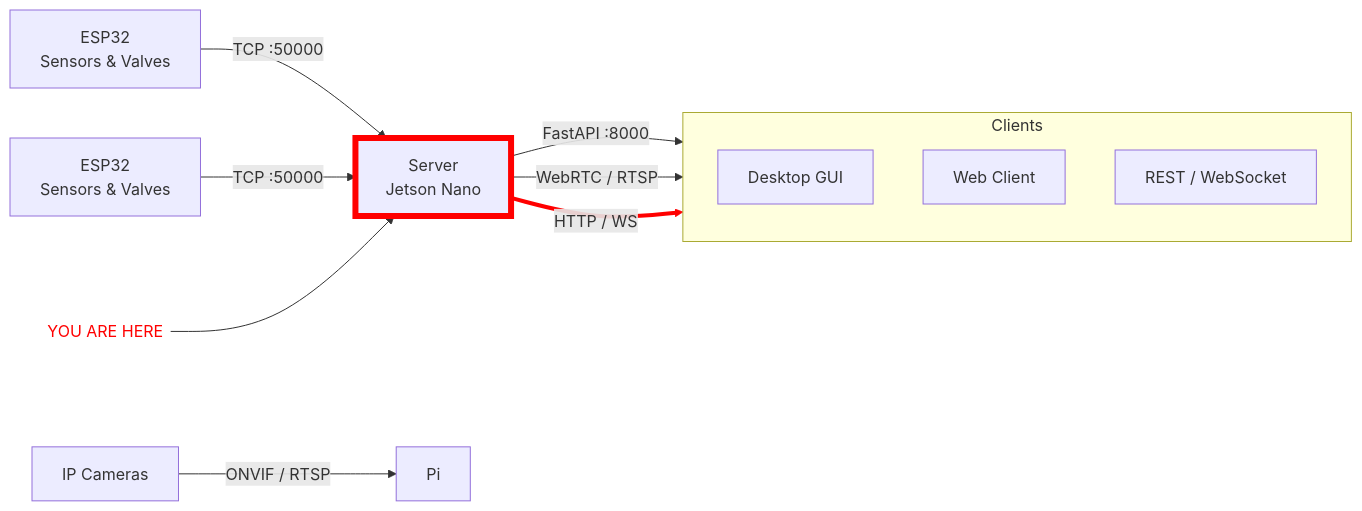
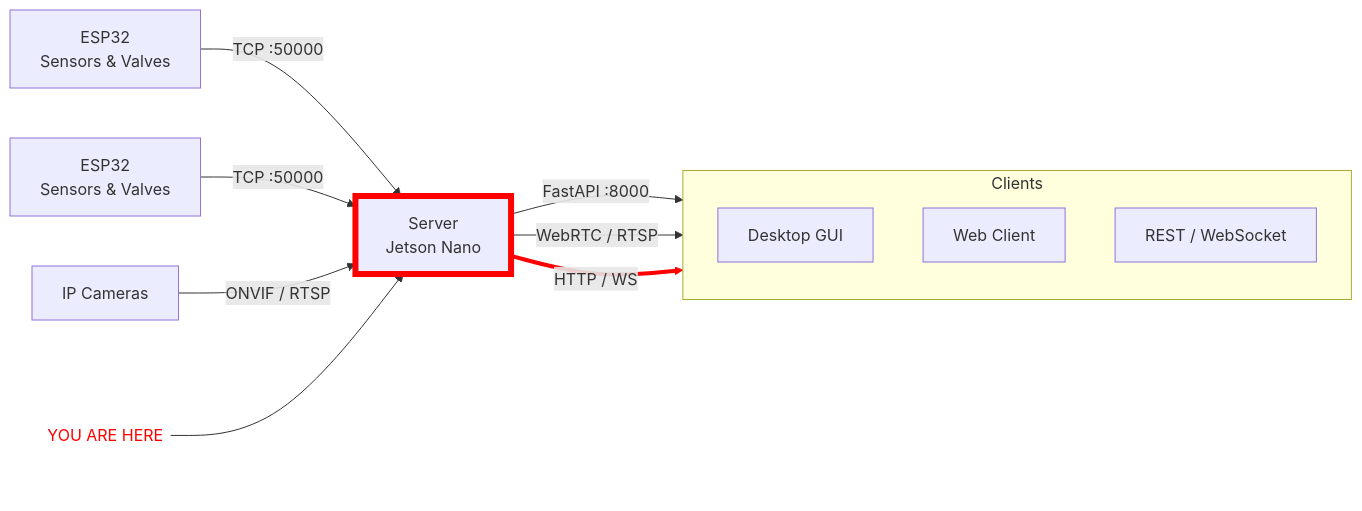
The diagram in README.md (Queens-Rocket-Engineering-Team/prop-teststand), drawn with Mermaid before and after one commit.

Commit message:
fix readme graph

````diff
--- a/README.md
+++ b/README.md
@@ -9,24 +9,24 @@
 ```mermaid
 flowchart LR
     ESP1[ESP32<br>Sensors & Valves] -->|TCP :50000| Server
     ESP2[ESP32<br>Sensors & Valves] -->|TCP :50000| Server
-    Cam[IP Cameras] -->|ONVIF / RTSP| Pi
+    Cam[IP Cameras] -->|ONVIF / RTSP| Server
 
     Server[Server<br>Jetson Nano]
 
     subgraph Clients
       direction TB
       GUI[Desktop GUI]
       Web[Web Client]
       API[REST / WebSocket]
     end
 
     Server -->|FastAPI :8000| GUI
     Server -->|WebRTC / RTSP| Web
     Server -->|HTTP / WS| API
 
     Here((YOU ARE HERE)) --> Server:::youAreHere
     classDef youAreHere stroke:red, stroke-width:6px;
     linkStyle 5 stroke:red,stroke-width:4px
     style Here fill:transparent,stroke:none,color:red;
 ```
````
